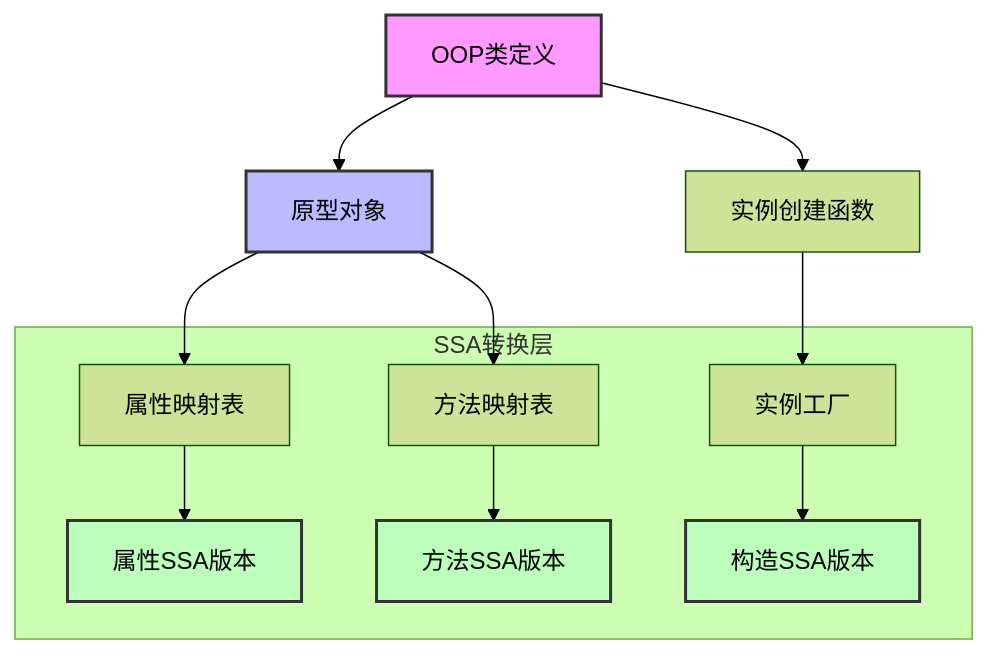
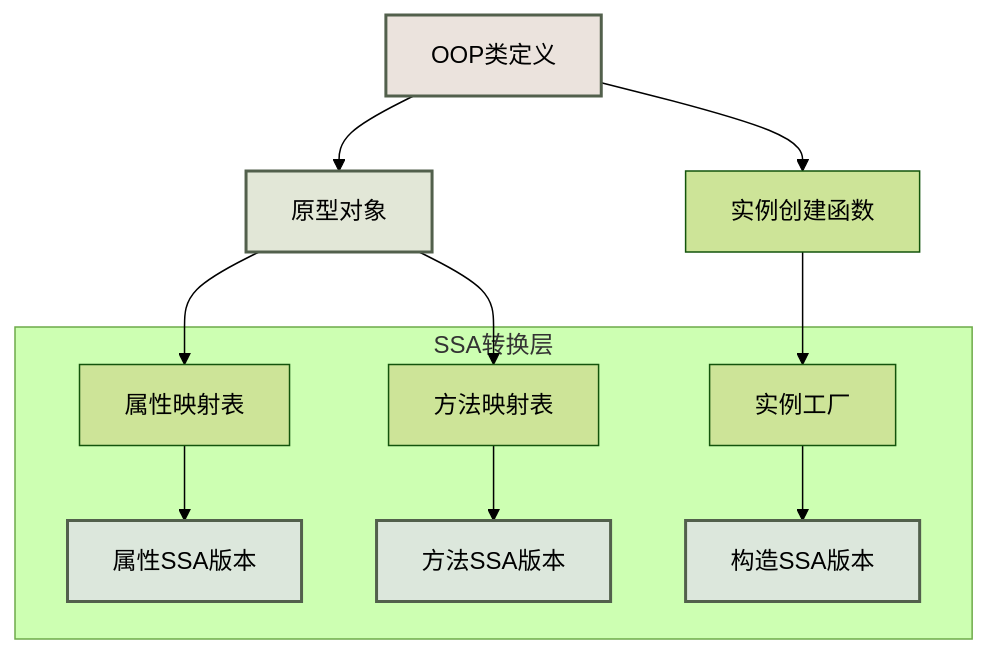
Before and after one commit to yaklang/ssa.to: the eighth of 12 diagrams in static-analysis-guide/deep-dive-into-ssa-oop.mdx, drawn with Mermaid (forest theme). The commit also changed other lines of this file and 91 other files, not shown here.

````diff
--- a/static-analysis-guide/deep-dive-into-ssa-oop.mdx
+++ b/static-analysis-guide/deep-dive-into-ssa-oop.mdx
@@ -840,20 +848,20 @@
 ```mermaid
 graph TB
     A["OOP类定义"] --> B["原型对象"]
     A --> C["实例创建函数"]
     B --> D["属性映射表"]
     B --> E["方法映射表"]
     C --> F["实例工厂"]
     
     subgraph "SSA转换层"
         D --> G["属性SSA版本"]
         E --> H["方法SSA版本"]
         F --> I["构造SSA版本"]
     end
 
-    style A fill:#f9f,stroke:#333,stroke-width:2px
-    style B fill:#bbf,stroke:#333,stroke-width:2px
-    style G fill:#bfb,stroke:#333,stroke-width:2px
-    style H fill:#bfb,stroke:#333,stroke-width:2px
-    style I fill:#bfb,stroke:#333,stroke-width:2px
+    style A fill:#ebe3dd,stroke:#52604c,stroke-width:2px
+    style B fill:#e2e7d7,stroke:#52604c,stroke-width:2px
+    style G fill:#dce7dc,stroke:#52604c,stroke-width:2px
+    style H fill:#dce7dc,stroke:#52604c,stroke-width:2px
+    style I fill:#dce7dc,stroke:#52604c,stroke-width:2px
 ```
````
